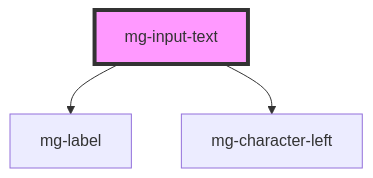
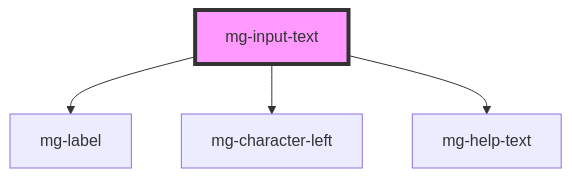
The diagram in src/components/mg-input-text/readme.md (MGDIS/mg-components), drawn with Mermaid before and after one commit. The commit also changed other lines of this file and 17 other files, not shown here.

First line of the commit message:
feat(mg-help-text): component added + a11y storybook plugin

````diff
--- a/src/components/mg-input-text/readme.md
+++ b/src/components/mg-input-text/readme.md
@@ -39,6 +41,7 @@
 ```mermaid
 graph TD;
   mg-input-text --> mg-label
   mg-input-text --> mg-character-left
+  mg-input-text --> mg-help-text
   style mg-input-text fill:#f9f,stroke:#333,stroke-width:4px
 ```
````
